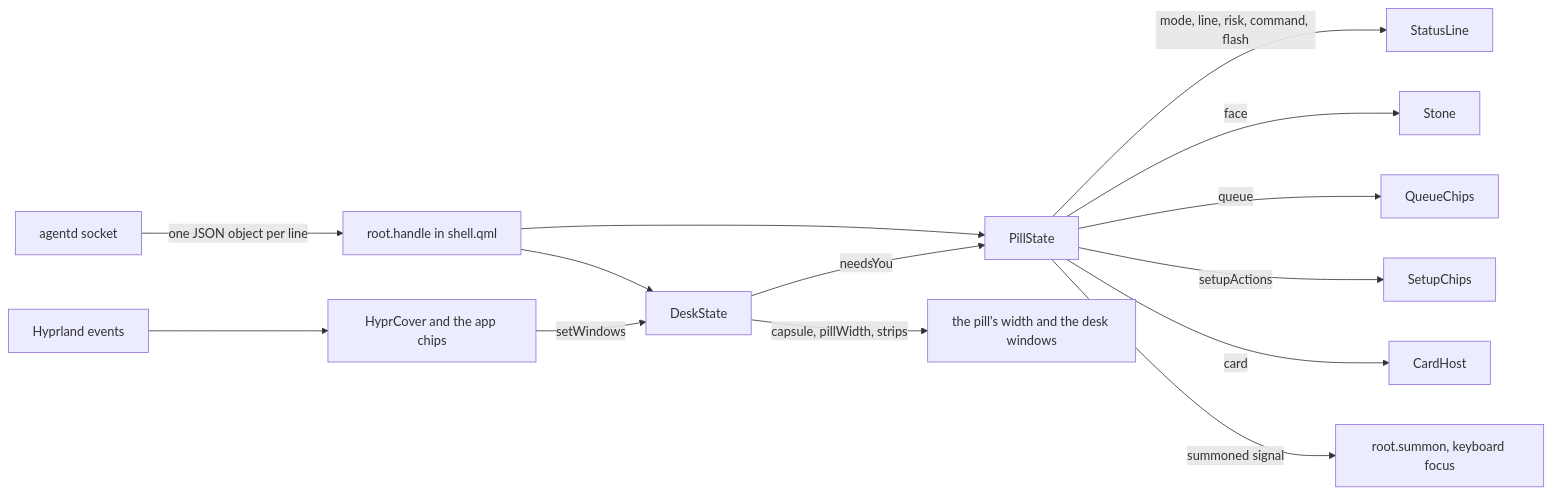
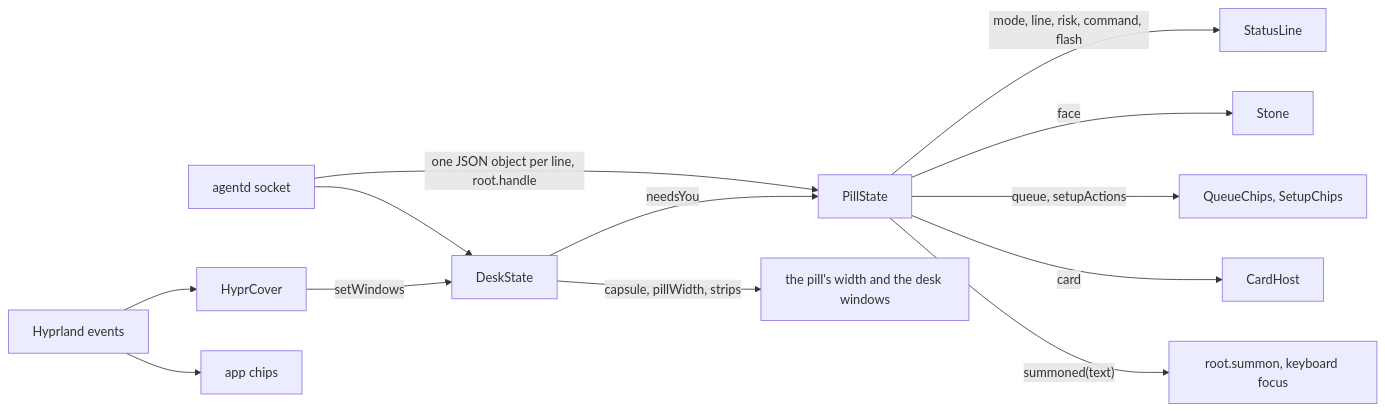
The first of 3 diagrams in docs/architecture/shell.md (thedefaultman/Bombadil), drawn with Mermaid before and after one commit. The commit also changed other lines of this file and 26 other files, not shown here.

First line of the commit message:
docs: work in progress on architecture pages, decision log, reference, security model, UX flows, forking guide

````diff
--- a/docs/architecture/shell.md
+++ b/docs/architecture/shell.md
@@ -14,16 +12,15 @@
 ```mermaid
 flowchart LR
-    agentd["agentd socket"] -->|"one JSON object per line"| handle["root.handle in shell.qml"]
-    handle --> pill["PillState"]
-    handle --> desk["DeskState"]
+    agentd["agentd socket"] -->|"one JSON object per line, root.handle"| pill["PillState"]
+    agentd --> desk["DeskState"]
     pill -->|"mode, line, risk, command, flash"| line["StatusLine"]
     pill -->|"face"| stone["Stone"]
-    pill -->|"queue"| queue["QueueChips"]
-    pill -->|"setupActions"| setup["SetupChips"]
+    pill -->|"queue, setupActions"| chips["QueueChips, SetupChips"]
     pill -->|"card"| cards["CardHost"]
-    pill -->|"summoned signal"| focus["root.summon, keyboard focus"]
+    pill -->|"summoned(text)"| focus["root.summon, keyboard focus"]
     desk -->|"needsYou"| pill
     desk -->|"capsule, pillWidth, strips"| bar["the pill's width and the desk windows"]
-    hypr["Hyprland events"] --> cover["HyprCover and the app chips"]
+    hypr["Hyprland events"] --> cover["HyprCover"]
     cover -->|"setWindows"| desk
+    hypr --> appchips["app chips"]
 ```
````
